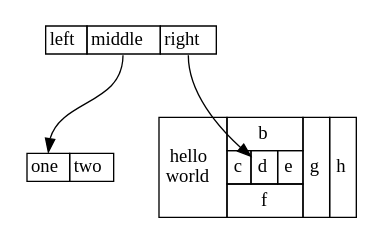
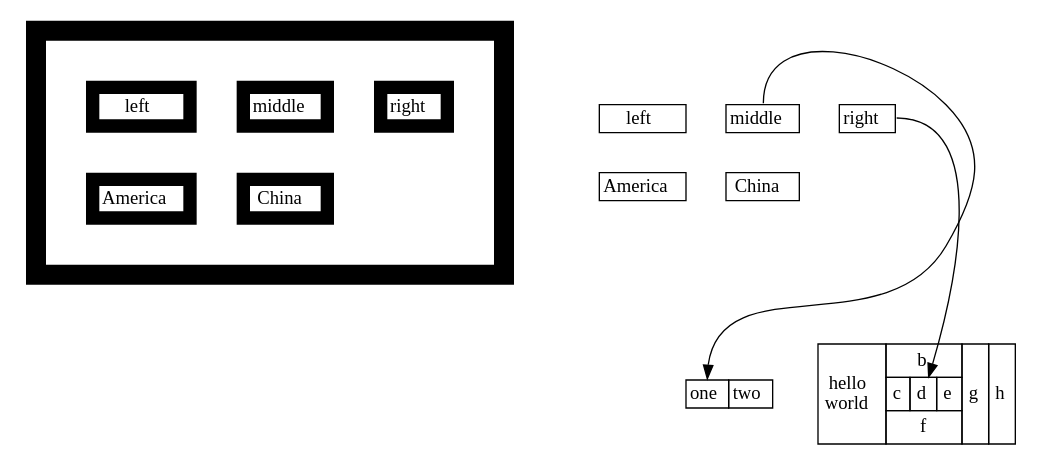
The diagram in html.dot (greatgauss/graphviz_script), drawn with Graphviz before and after one commit. The commit also changed 69 other files, not shown here.

```diff
--- a/html.dot
+++ b/html.dot
@@ -1,38 +1,59 @@
 digraph structs {
     node [shape=plaintext]
+
+    struct0 [label=<
+<TABLE BORDER="15" CELLBORDER="10" CELLSPACING="30">
+  <TR>
+  	<TD>left</TD>
+  	<TD>middle</TD>
+  	<TD>right</TD>
+  </TR>
+<TR>
+  	<TD>America</TD>
+  	<TD>China</TD>
+  </TR>
+</TABLE>
+>];
+
     struct1 [label=<
-<TABLE BORDER="0" CELLBORDER="1" CELLSPACING="0">
+<TABLE BORDER="0" CELLBORDER="1" CELLSPACING="30">
   <TR>
   	<TD>left</TD>
   	<TD PORT="f1">middle</TD>
   	<TD PORT="f2">right</TD>
+  </TR>
+<TR>
+  	<TD>America</TD>
+  	<TD>China</TD>
   </TR>
 </TABLE>
 >];
     struct2 [label=<
 <TABLE BORDER="0" CELLBORDER="1" CELLSPACING="0">
   <TR>
   	<TD PORT="f0">one</TD>
   	<TD>two</TD>
   </TR>
 </TABLE>
 >];
 
     struct3 [label=<
 <TABLE BORDER="0" CELLBORDER="1" CELLSPACING="0" CELLPADDING="4">
   <TR>
     <TD ROWSPAN="3">hello<BR/>world</TD>
     <TD COLSPAN="3">b</TD>
     <TD ROWSPAN="3">g</TD>
     <TD ROWSPAN="3">h</TD>
   </TR>
   <TR>
-    <TD>c</TD><TD PORT="here">d</TD><TD>e</TD>
+    <TD>c</TD>
+    <TD PORT="here">d</TD>
+    <TD>e</TD>
   </TR>
   <TR>
     <TD COLSPAN="3">f</TD>
   </TR>
 </TABLE>>];
     struct1:f1 -> struct2:f0;
     struct1:f2 -> struct3:here;
 }
```
